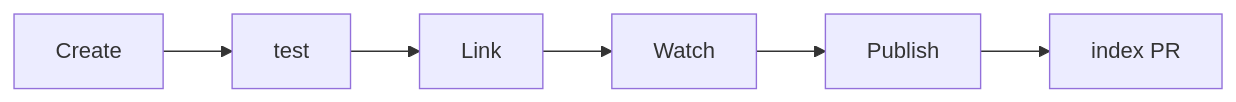
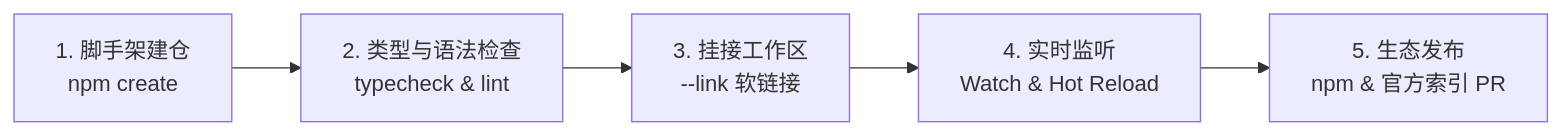
Before and after one commit to DogeLakeDev/ScriptsForMinecraftServer: the diagram in docs/zh/dev/module-author.mdx, drawn with Mermaid. The commit also changed other lines of this file and 17 other files, not shown here.

````diff
--- a/docs/zh/dev/module-author.mdx
+++ b/docs/zh/dev/module-author.mdx
@@ -32,8 +57,7 @@
 ```mermaid
 flowchart LR
-  A[Create] --> B[test]
-  B --> C[Link]
-  C --> D[Watch]
-  D --> E[Publish]
-  E --> F[index PR]
+  A[1. 脚手架建仓<br/>npm create] --> B[2. 类型与语法检查<br/>typecheck & lint]
+  B --> C[3. 挂接工作区<br/>--link 软链接]
+  C --> D[4. 实时监听<br/>Watch & Hot Reload]
+  D --> E[5. 生态发布<br/>npm & 官方索引 PR]
 ```
````
